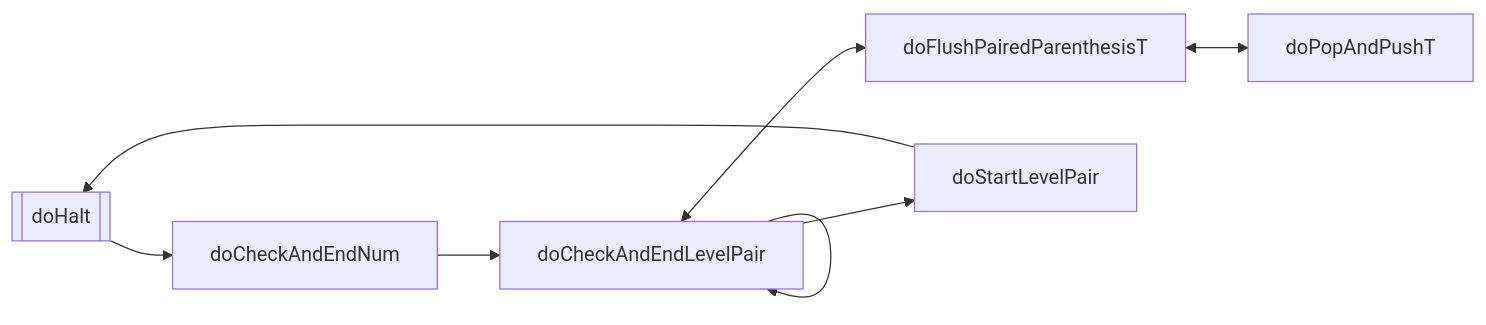
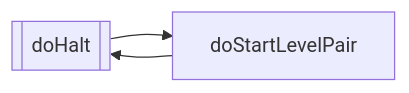
The first of 6 diagrams in src/main/scala/acal/lab05/Hw2/state.md (Shiritai/aias-lab5-spring-2024), drawn with Mermaid before and after one commit. The commit also changed other lines of this file and 5 other files, not shown here.

````diff
--- a/src/main/scala/acal/lab05/Hw2/state.md
+++ b/src/main/scala/acal/lab05/Hw2/state.md
@@ -5,7 +5,4 @@
 ```mermaid
 graph LR
-    doHalt[["doHalt"]] --> doCheckAndEndNum --> doCheckAndEndLevelPair <--> doFlushPairedParenthesisT <--> doPopAndPushT
-
-    doCheckAndEndLevelPair --> doStartLevelPair --> doHalt
-    doCheckAndEndLevelPair --> doCheckAndEndLevelPair
+    doHalt[["doHalt"]] --> doStartLevelPair --> doHalt
 ```
````
